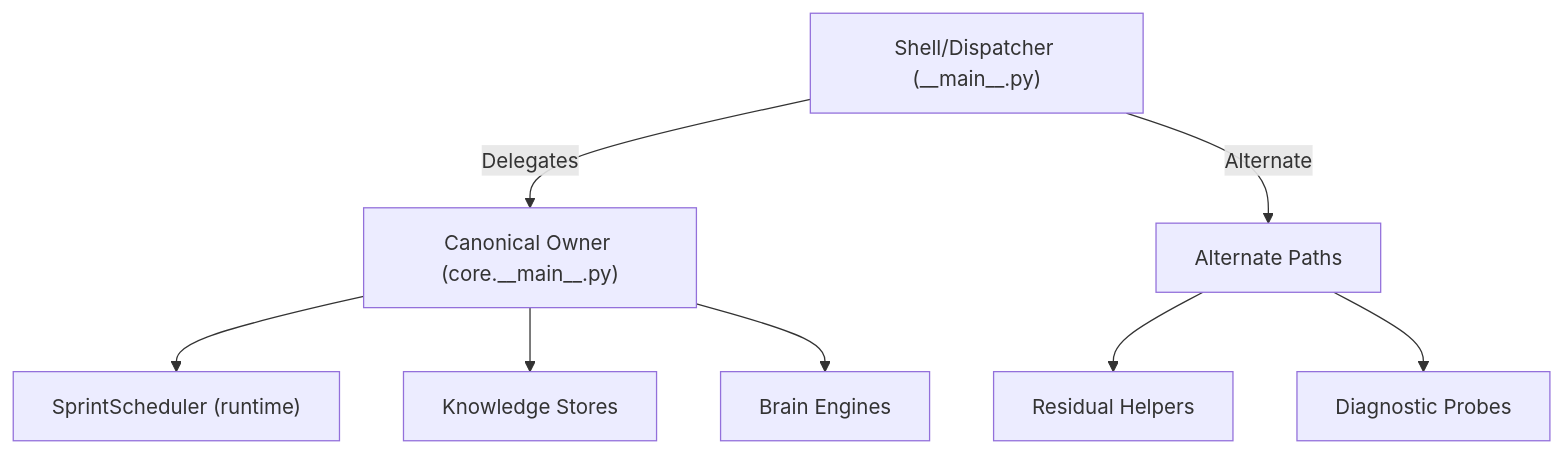
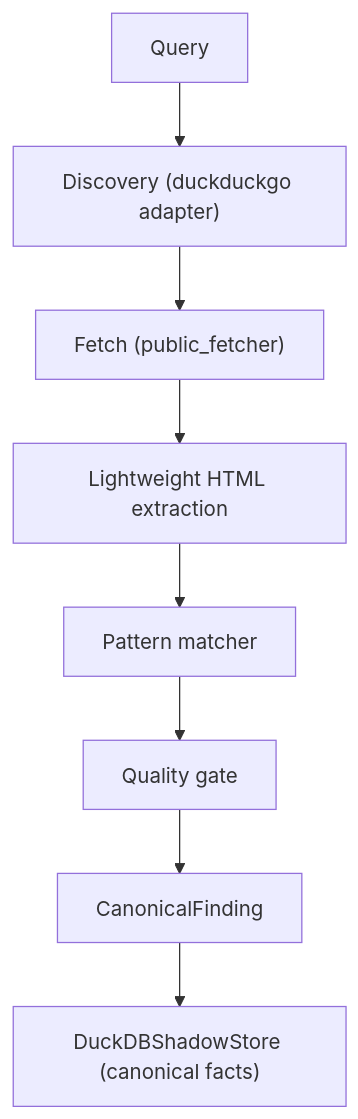
One commit to Hamulda/hledac-universal changed the fourth of 10 diagrams in .qoder/repowiki/en/content/Project Overview/Architecture Overview.md. Above: the diagram before and after it, drawn with Mermaid. The commit also changed other lines of this file and 236 other files, not shown here.

Commit message:
feat: F234 prelive gate, acquisition strategy and sprint scheduler improvements

````diff
--- a/.qoder/repowiki/en/content/Project Overview/Architecture Overview.md
+++ b/.qoder/repowiki/en/content/Project Overview/Architecture Overview.md
@@ -233,10 +192,10 @@
 ```mermaid
 flowchart TD
-A["Shell/Dispatcher (__main__.py)"] --> |Delegates| B["Canonical Owner (core.__main__.py)"]
-A --> |Alternate| C["Alternate Paths"]
-B --> D["SprintScheduler (runtime)"]
-B --> E["Knowledge Stores"]
-B --> F["Brain Engines"]
-C --> G["Residual Helpers"]
-C --> H["Diagnostic Probes"]
+A["Query"] --> B["Discovery (duckduckgo adapter)"]
+B --> C["Fetch (public_fetcher)"]
+C --> D["Lightweight HTML extraction"]
+D --> E["Pattern matcher"]
+E --> F["Quality gate"]
+F --> G["CanonicalFinding"]
+G --> H["DuckDBShadowStore (canonical facts)"]
 ```
````
